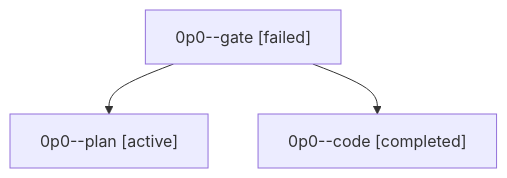
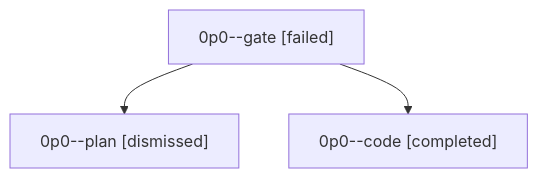
One commit to sase-org/sase--agents changed the diagram in sessions/bbugyi200.athena.0p0.md. Above: the diagram before and after it, drawn with Mermaid. The commit also changed other lines of this file and 30 other files, not shown here.

````diff
--- a/sessions/bbugyi200.athena.0p0.md
+++ b/sessions/bbugyi200.athena.0p0.md
@@ -9,8 +9,8 @@
 ```mermaid
 flowchart TD
   n0["0p0--gate [failed]"]
-  n1["0p0--plan [active]"]
+  n1["0p0--plan [dismissed]"]
   n0 --> n1
   n2["0p0--code [completed]"]
   n0 --> n2
 ```
````
